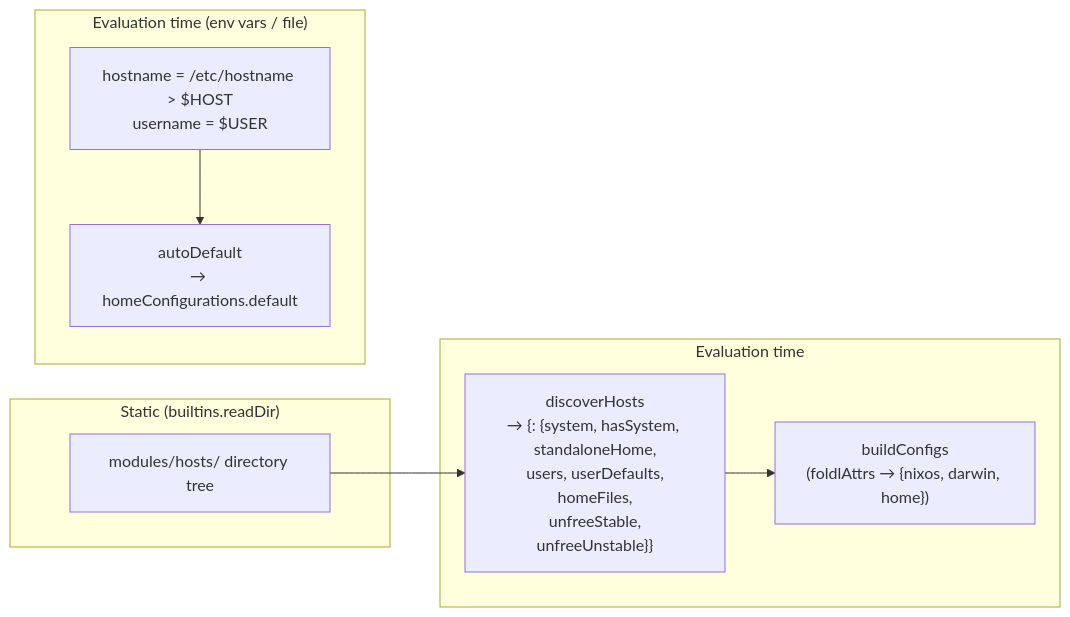
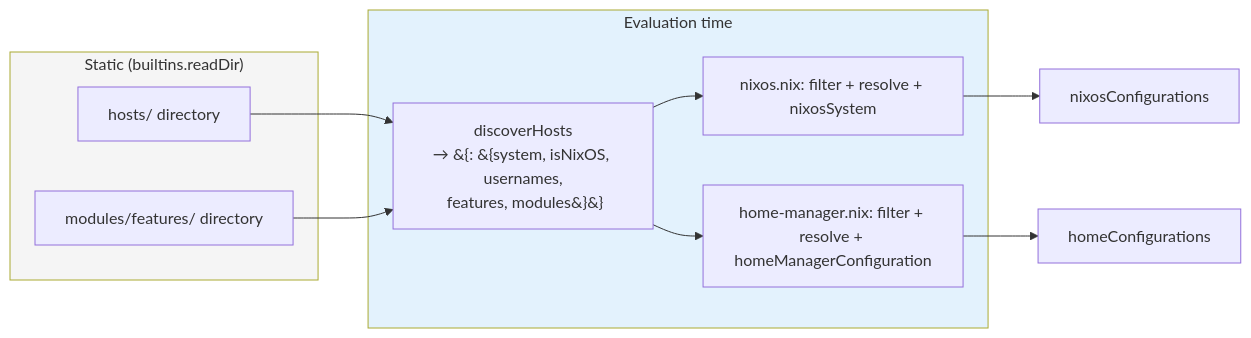
Before and after one commit to WombatFromHell/automatic-palm-tree: the eighth of 8 diagrams in DESIGN.md, drawn with Mermaid. The commit also changed other lines of this file and 1 other file, not shown here.

````diff
--- a/DESIGN.md
+++ b/DESIGN.md
@@ -206,20 +276,25 @@
 ```mermaid
 graph LR
     subgraph Static ["Static (builtins.readDir)"]
-        hosts["modules/hosts/ directory tree"]
+        hosts["hosts/ directory"]
+        features["modules/features/ directory"]
     end
 
     subgraph Eval ["Evaluation time"]
-        disc["discoverHosts\n→ {<host>: {system, hasSystem, standaloneHome,\n users, userDefaults, homeFiles,\n unfreeStable, unfreeUnstable}}"]
-        build["buildConfigs\n(foldlAttrs → {nixos, darwin, home})"]
-    end
-
-    subgraph Eval2 ["Evaluation time (env vars / file)"]
-        env["hostname = /etc/hostname > $HOST\nusername = $USER"]
-        auto["autoDefault\n→ homeConfigurations.default"]
+        disc["discoverHosts\n→ &#123;<host>: &#123;system, isNixOS, usernames,\n features, modules&#125;&#125;"]
+        buildN["nixos.nix: filter + resolve + nixosSystem"]
+        buildH["home-manager.nix: filter + resolve + homeManagerConfiguration"]
     end
 
     hosts --> disc
-    disc --> build
-    env --> auto
+    features --> disc
+
+    disc --> buildN
+    disc --> buildH
+
+    buildN --> nixosOut["nixosConfigurations"]
+    buildH --> hmOut["homeConfigurations"]
+
+    style Static fill:#f5f5f5
+    style Eval fill:#e3f2fd
 ```
````
